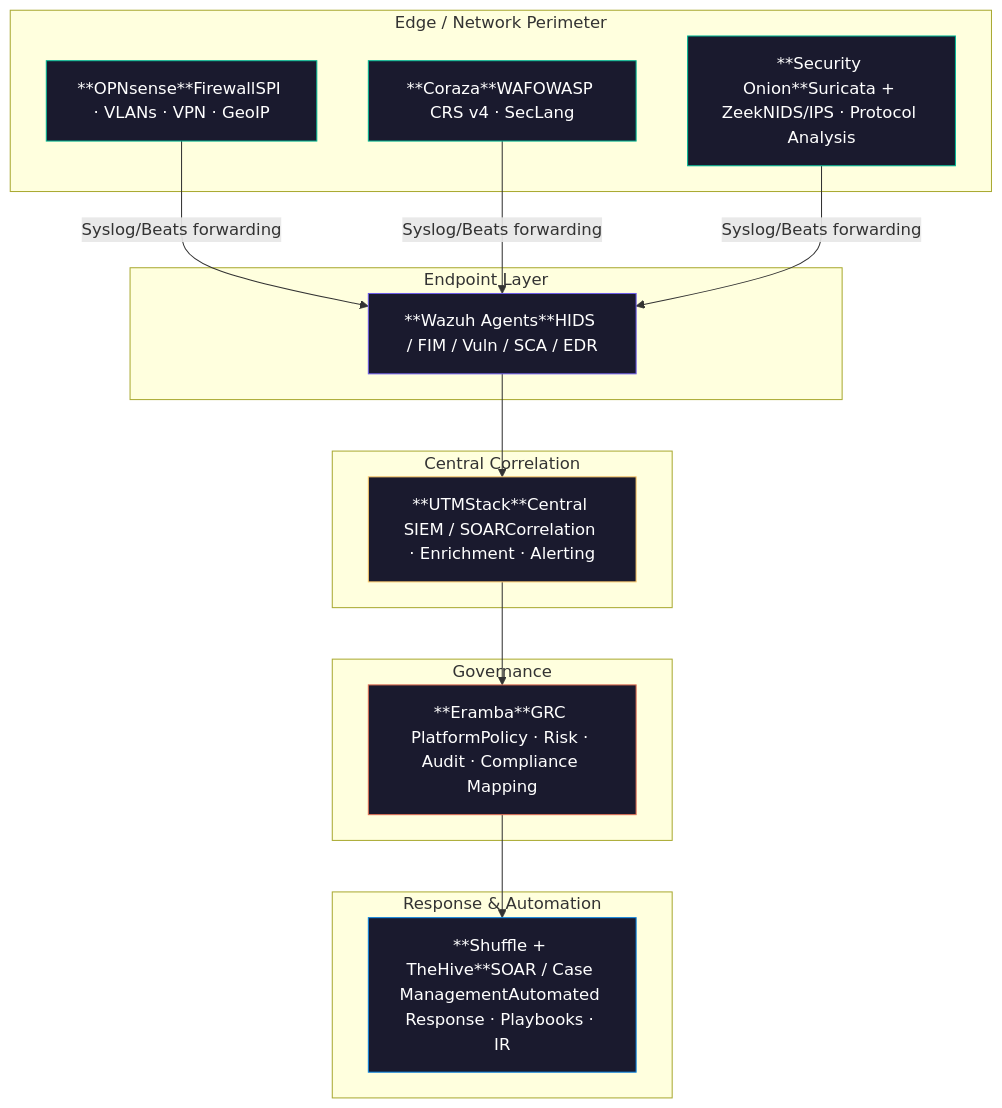
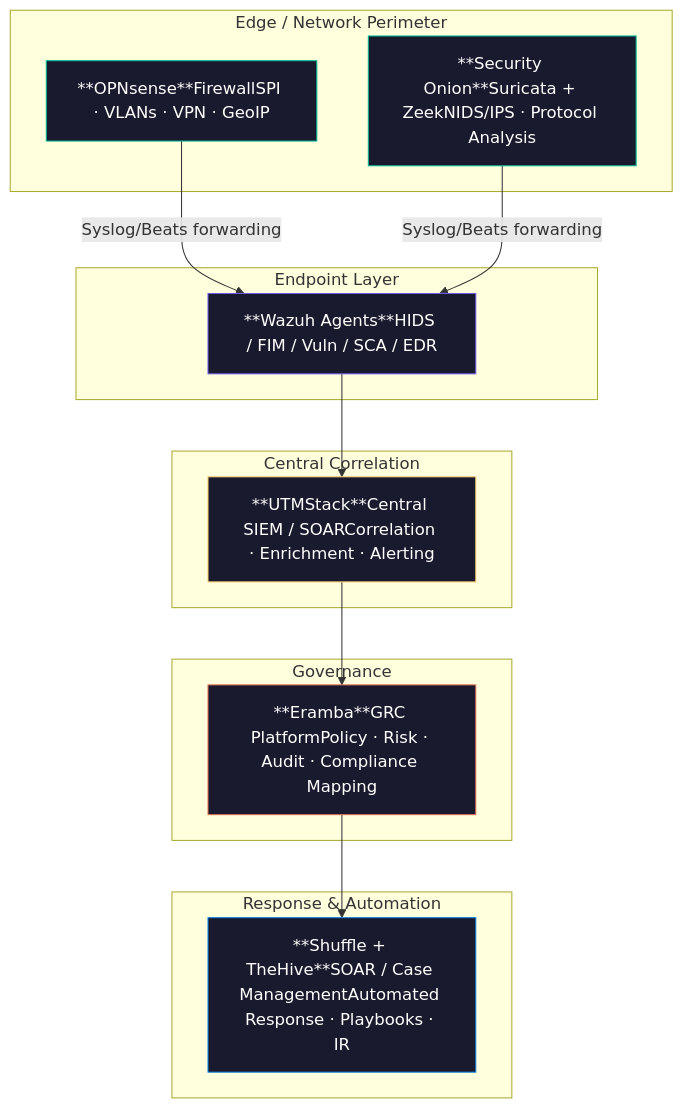
Before and after one commit to sreilly1977/dlh-cyber_security: the diagram in notes/Open-Source_Security_Stack.md, drawn with Mermaid.

````diff
--- a/notes/Open-Source_Security_Stack.md
+++ b/notes/Open-Source_Security_Stack.md
@@ -74,46 +74,44 @@
 ```mermaid
 graph TD
     subgraph Edge["Edge / Network Perimeter"]
         OPN["**OPNsense**FirewallSPI · VLANs · VPN · GeoIP"]
-        COR["**Coraza**WAFOWASP CRS v4 · SecLang"]
         SON["**Security Onion**Suricata + ZeekNIDS/IPS · Protocol Analysis"]
     end
 
     OPN -- "Syslog/Beats forwarding" --> WAZ
-    COR -- "Syslog/Beats forwarding" --> WAZ
     SON -- "Syslog/Beats forwarding" --> WAZ
 
     subgraph Endpoint["Endpoint Layer"]
         WAZ["**Wazuh Agents**HIDS / FIM / Vuln / SCA / EDR"]
     end
 
     WAZ --> UTM
 
     subgraph Central["Central Correlation"]
         UTM["**UTMStack**Central SIEM / SOARCorrelation · Enrichment · Alerting"]
     end
 
     UTM --> ERA
 
     subgraph Governance["Governance"]
         ERA["**Eramba**GRC PlatformPolicy · Risk · Audit · Compliance Mapping"]
     end
 
     ERA --> SOAR
 
     subgraph Response["Response & Automation"]
         SOAR["**Shuffle + TheHive**SOAR / Case ManagementAutomated Response · Playbooks · IR"]
     end
 
     classDef edgeNode fill:#1a1a2e,stroke:#00b894,color:#fff
     classDef endpointNode fill:#1a1a2e,stroke:#6c5ce7,color:#fff
     classDef centralNode fill:#1a1a2e,stroke:#fdcb6e,color:#fff
     classDef govNode fill:#1a1a2e,stroke:#e17055,color:#fff
     classDef respNode fill:#1a1a2e,stroke:#0984e3,color:#fff
 
     class OPN,COR,SON edgeNode
     class WAZ endpointNode
     class UTM centralNode
     class ERA govNode
     class SOAR respNode
 ```
````
